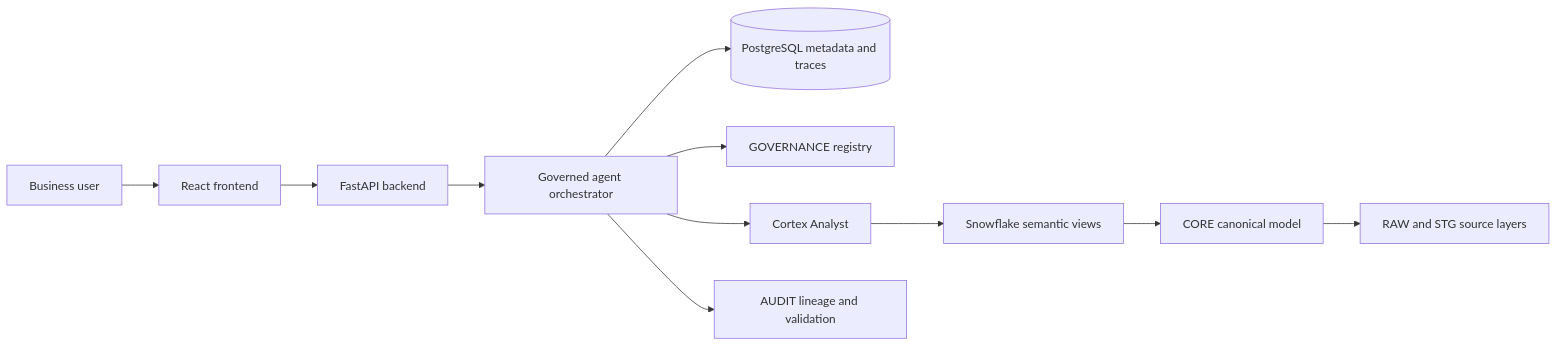
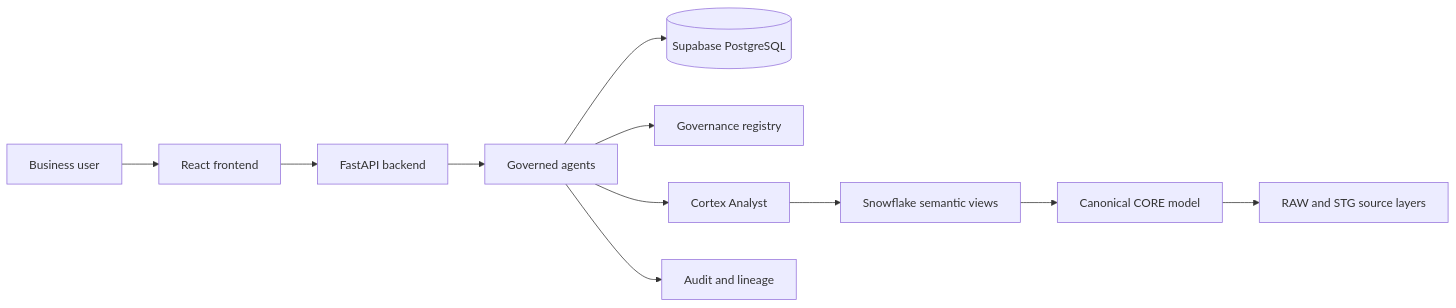
Before and after one commit to mahanteshimath/supplychain-ontologist: the diagram in README.md, drawn with Mermaid. The commit also changed other lines of this file, not shown here.

Commit message:
docs: streamline overview and feature architecture image

````diff
--- a/README.md
+++ b/README.md
@@ -135,13 +89,13 @@
 ```mermaid
 flowchart LR
     USER[Business user] --> REACT[React frontend]
     REACT --> API[FastAPI backend]
-    API --> AGENTS[Governed agent orchestrator]
-    AGENTS --> PG[(PostgreSQL metadata and traces)]
-    AGENTS --> GOV[GOVERNANCE registry]
+    API --> AGENTS[Governed agents]
+    AGENTS --> PG[(Supabase PostgreSQL)]
+    AGENTS --> GOV[Governance registry]
     AGENTS --> CORTEX[Cortex Analyst]
     CORTEX --> SEM[Snowflake semantic views]
-    SEM --> CORE[CORE canonical model]
+    SEM --> CORE[Canonical CORE model]
     CORE --> RAW[RAW and STG source layers]
-    AGENTS --> AUDIT[AUDIT lineage and validation]
+    AGENTS --> AUDIT[Audit and lineage]
 ```
````
